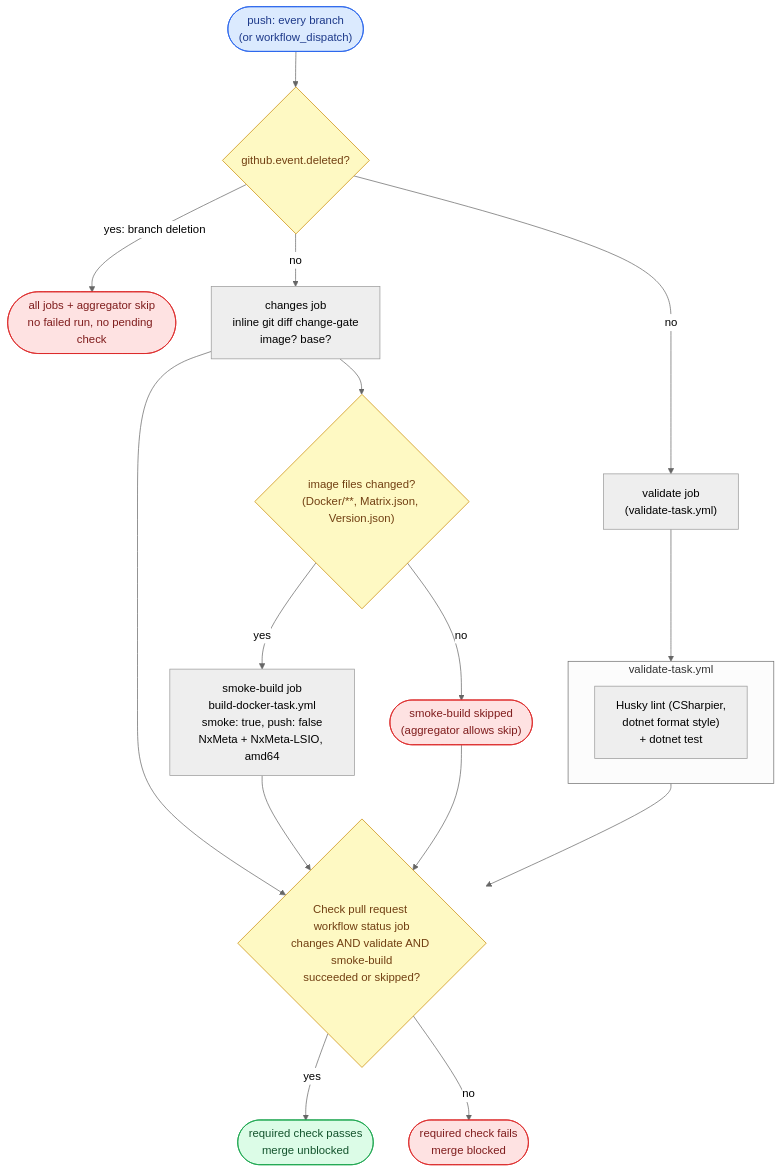
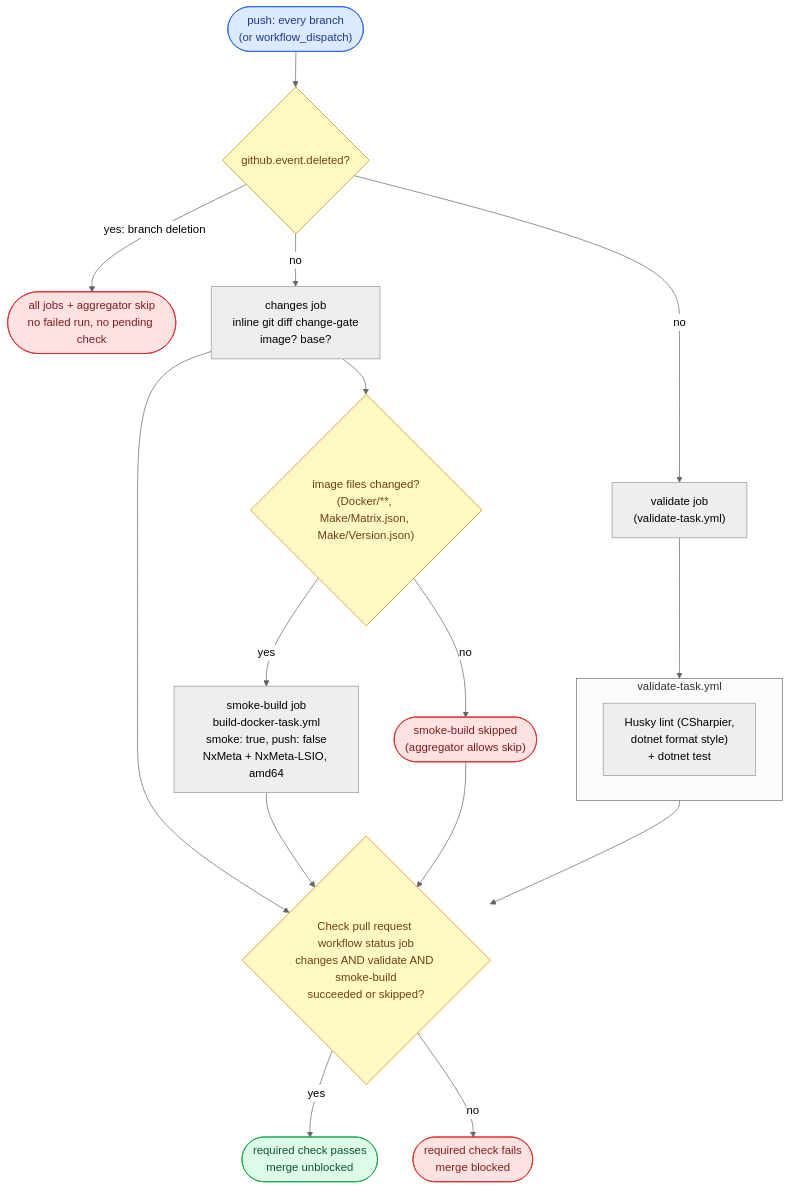
The first of 4 diagrams in WORKFLOW.md (ptr727/NxWitness), drawn with Mermaid (neutral theme) before and after one commit. The commit also changed other lines of this file, not shown here.

Commit message:
docs(workflow): correct two diagram nodes to match main's code
The diagrams were first drawn against develop, which was behind main. Two
nodes were stale once develop adopted main's tree:
- CI change-gate listed Matrix.json/Version.json; the filter actually
  matches Make/Matrix.json and Make/Version.json.
- The publish diagram labelled the base build "pinned to GitCommitId"; on
  main the shared base builds from the branch ref (github.ref_name) so its
  branch-scoped buildcache tag is correct (commit 418151b).

````diff
--- a/WORKFLOW.md
+++ b/WORKFLOW.md
@@ -225,26 +225,26 @@
 ```mermaid
 flowchart TD
     T(["push: every branch<br/>(or workflow_dispatch)"]):::trig
     T --> D{"github.event.deleted?"}:::gate
     D -- "yes: branch deletion" --> X(["all jobs + aggregator skip<br/>no failed run, no pending check"]):::stop
     D -- "no" --> CH["changes job<br/>inline git diff change-gate<br/>image? base?"]
     D -- "no" --> V["validate job<br/>(validate-task.yml)"]
     subgraph VT ["validate-task.yml"]
         VU["Husky lint (CSharpier,<br/>dotnet format style)<br/>+ dotnet test"]
     end
     V --> VT
-    CH --> SG{"image files changed?<br/>(Docker/**, Matrix.json, Version.json)"}:::gate
+    CH --> SG{"image files changed?<br/>(Docker/**, Make/Matrix.json, Make/Version.json)"}:::gate
     SG -- "no" --> SS(["smoke-build skipped<br/>(aggregator allows skip)"]):::stop
     SG -- "yes" --> S["smoke-build job<br/>build-docker-task.yml<br/>smoke: true, push: false<br/>NxMeta + NxMeta-LSIO, amd64"]
     CH --> A
     VT --> A
     S --> A
     SS --> A
     A{"Check pull request workflow status job<br/>changes AND validate AND smoke-build<br/>succeeded or skipped?"}:::gate
     A -- "yes" --> G(["required check passes<br/>merge unblocked"]):::pub
     A -- "no" --> R(["required check fails<br/>merge blocked"]):::stop
     classDef trig fill:#dbeafe,stroke:#2563eb,color:#1e3a8a
     classDef gate fill:#fef9c3,stroke:#ca8a04,color:#713f12
     classDef pub fill:#dcfce7,stroke:#16a34a,color:#14532d
     classDef stop fill:#fee2e2,stroke:#dc2626,color:#7f1d1d
 ```
````
